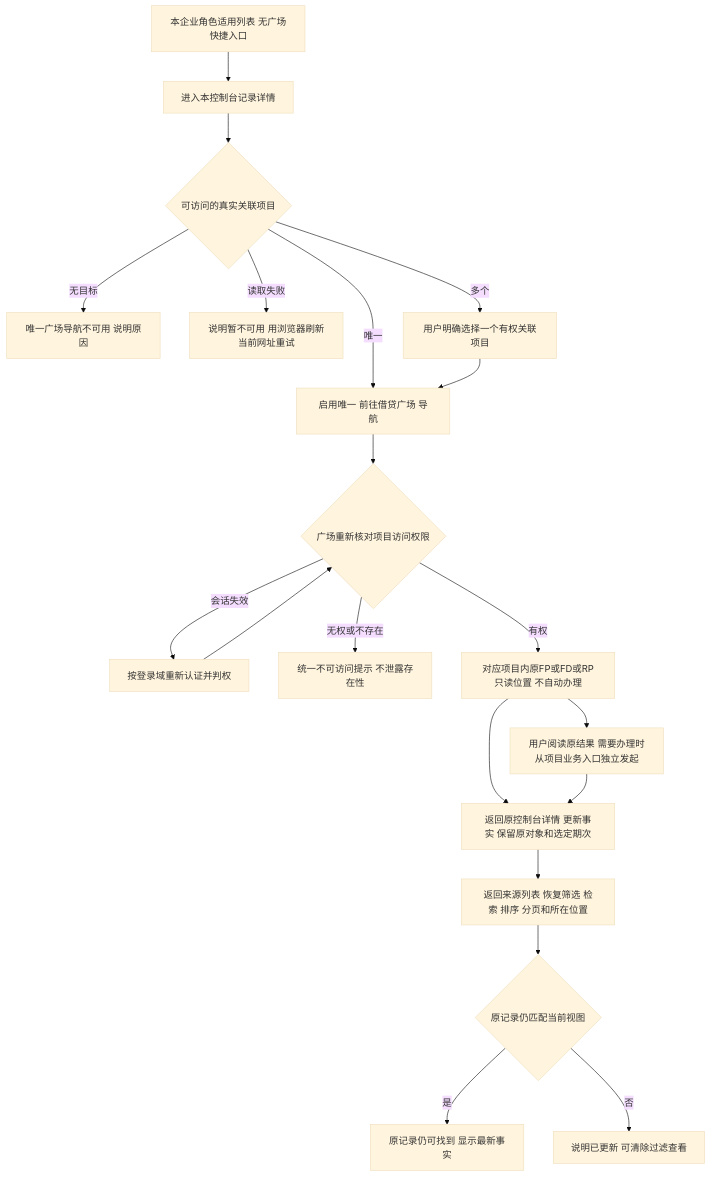
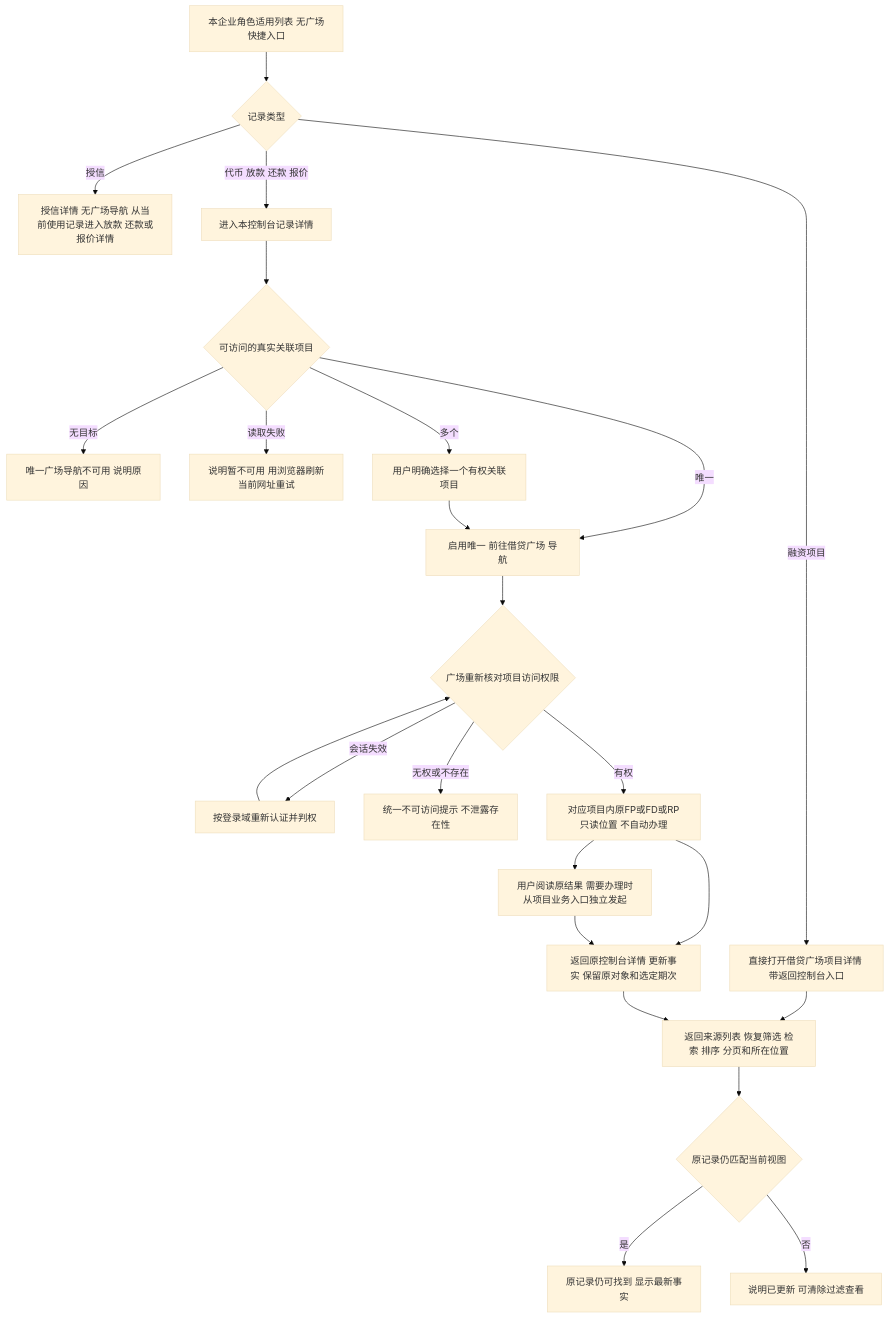
One commit to wxblockchain/Chain-Financing changed the second of 12 diagrams in lending-platform/PRD/面客端/09-我的控制台/02-我的控制台-流程图与状态机.md. Above: the diagram before and after it, drawn with Mermaid (base theme). The commit also changed other lines of this file and 12 other files, not shown here.

````diff
--- a/lending-platform/PRD/面客端/09-我的控制台/02-我的控制台-流程图与状态机.md
+++ b/lending-platform/PRD/面客端/09-我的控制台/02-我的控制台-流程图与状态机.md
@@ -55,22 +56,26 @@
 ```mermaid
 flowchart TD
-  A[本企业角色适用列表 无广场快捷入口] --> B[进入本控制台记录详情]
+  A[本企业角色适用列表 无广场快捷入口] --> A1{记录类型}
+  A1 -- 融资项目 --> G1[直接打开借贷广场项目详情 带返回控制台入口]
+  G1 --> N
+  A1 -- 授信 --> B1[授信详情 无广场导航 从当前使用记录进入放款 还款或报价详情]
+  A1 -- 代币 放款 还款 报价 --> B[进入本控制台记录详情]
   B --> C{可访问的真实关联项目}
   C -- 无目标 --> D[唯一广场导航不可用 说明原因]
   C -- 读取失败 --> E[说明暂不可用 用浏览器刷新当前网址重试]
   C -- 多个 --> F[用户明确选择一个有权关联项目]
   C -- 唯一 --> G[启用唯一 前往借贷广场 导航]
   F --> G
   G --> H{广场重新核对项目访问权限}
   H -- 会话失效 --> I[按登录域重新认证并判权]
   I --> H
   H -- 无权或不存在 --> J[统一不可访问提示 不泄露存在性]
   H -- 有权 --> K[对应项目内原FP或FD或RP只读位置 不自动办理]
   K --> L[用户阅读原结果 需要办理时从项目业务入口独立发起]
   K --> M[返回原控制台详情 更新事实 保留原对象和选定期次]
   L --> M
   M --> N[返回来源列表 恢复筛选 检索 排序 分页和所在位置]
   N --> O{原记录仍匹配当前视图}
   O -- 是 --> P[原记录仍可找到 显示最新事实]
   O -- 否 --> Q[说明已更新 可清除过滤查看]
 ```
````
